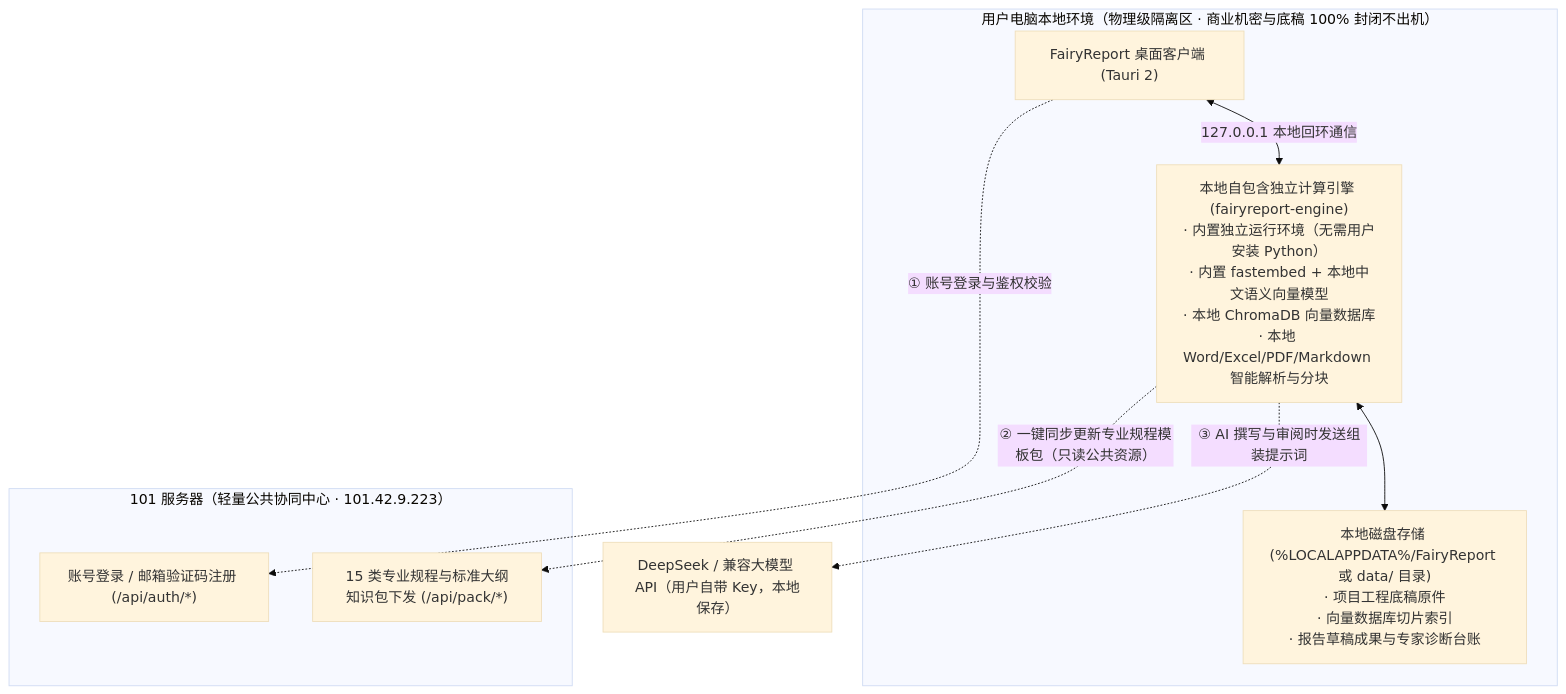
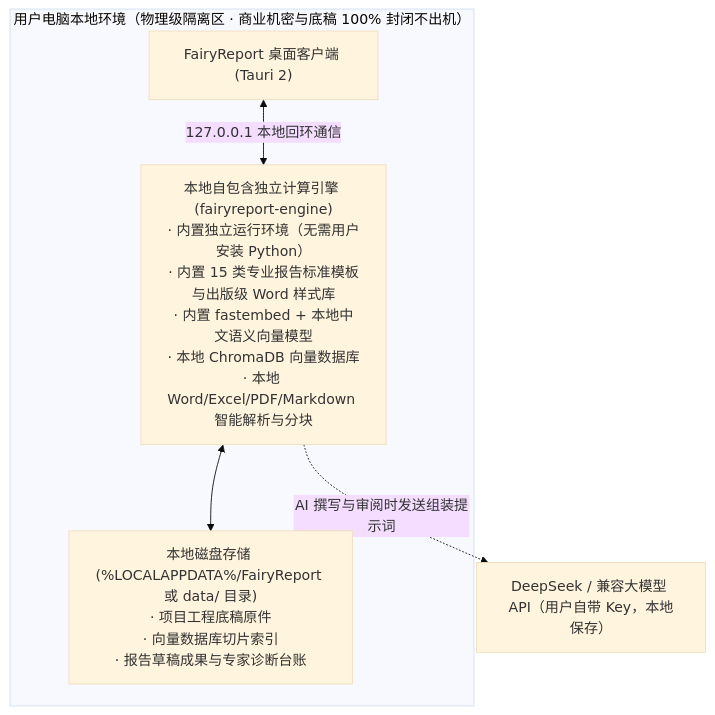
One commit to atalanta0505/FairyReport changed the first of 2 diagrams in docs/USER_GUIDE.md. Above: the diagram before and after it, drawn with Mermaid (base theme). The commit also changed other lines of this file and 90 other files, not shown here.

````diff
--- a/docs/USER_GUIDE.md
+++ b/docs/USER_GUIDE.md
@@ -34,20 +33,13 @@
 ```mermaid
 flowchart TD
     subgraph Client ["用户电脑本地环境（物理级隔离区 · 商业机密与底稿 100% 封闭不出机）"]
         UI["FairyReport 桌面客户端 (Tauri 2)"]
-        Engine["本地自包含独立计算引擎 (fairyreport-engine)\n· 内置独立运行环境（无需用户安装 Python）\n· 内置 fastembed + 本地中文语义向量模型\n· 本地 ChromaDB 向量数据库\n· 本地 Word/Excel/PDF/Markdown 智能解析与分块"]
+        Engine["本地自包含独立计算引擎 (fairyreport-engine)\n· 内置独立运行环境（无需用户安装 Python）\n· 内置 15 类专业报告标准模板与出版级 Word 样式库\n· 内置 fastembed + 本地中文语义向量模型\n· 本地 ChromaDB 向量数据库\n· 本地 Word/Excel/PDF/Markdown 智能解析与分块"]
         Disk["本地磁盘存储 (%LOCALAPPDATA%/FairyReport 或 data/ 目录)\n· 项目工程底稿原件\n· 向量数据库切片索引\n· 报告草稿成果与专家诊断台账"]
         
         UI <-->|"127.0.0.1 本地回环通信"| Engine
         Engine <--> Disk
     end
 
-    subgraph Cloud ["101 服务器（轻量公共协同中心 · 101.42.9.223）"]
-        Auth["账号登录 / 邮箱验证码注册 (/api/auth/*)"]
-        Generic["15 类专业规程与标准大纲知识包下发 (/api/pack/*)"]
-    end
-
-    UI -.->|"① 账号登录与鉴权校验"| Auth
-    Engine -.->|"② 一键同步更新专业规程模板包（只读公共资源）"| Generic
-    Engine -.->|"③ AI 撰写与审阅时发送组装提示词"| LLM["DeepSeek / 兼容大模型 API（用户自带 Key，本地保存）"]
+    Engine -.->|"AI 撰写与审阅时发送组装提示词"| LLM["DeepSeek / 兼容大模型 API（用户自带 Key，本地保存）"]
 ```
````
